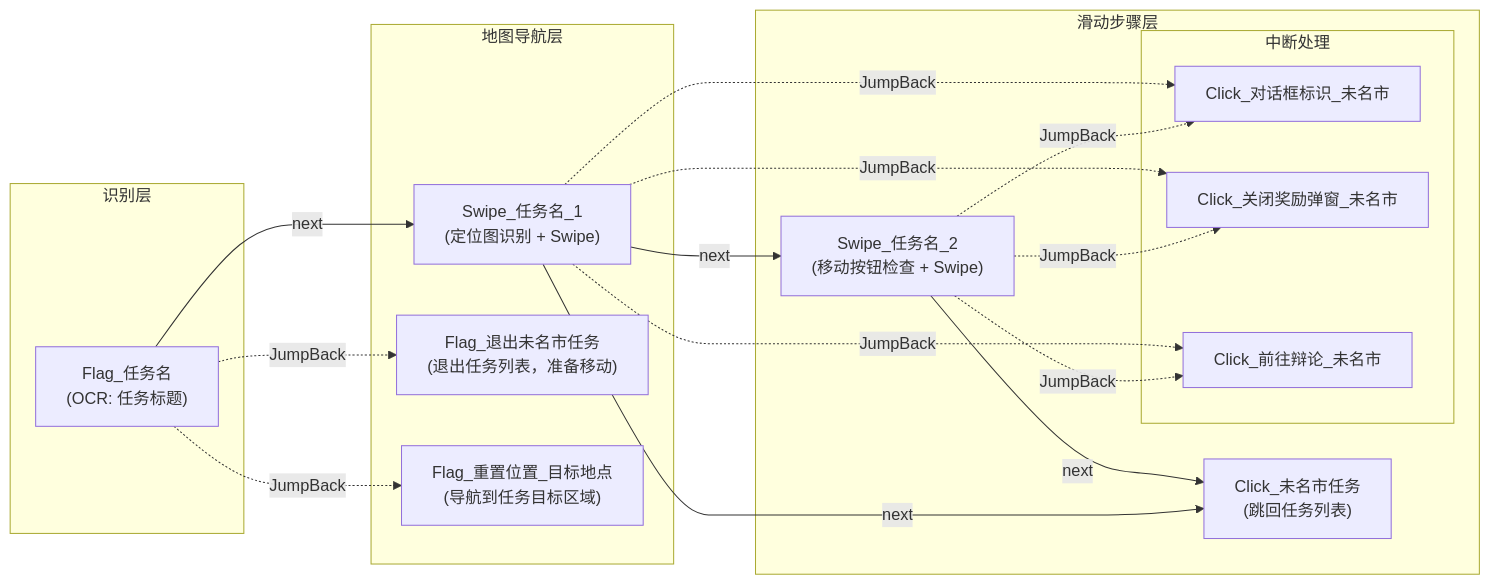
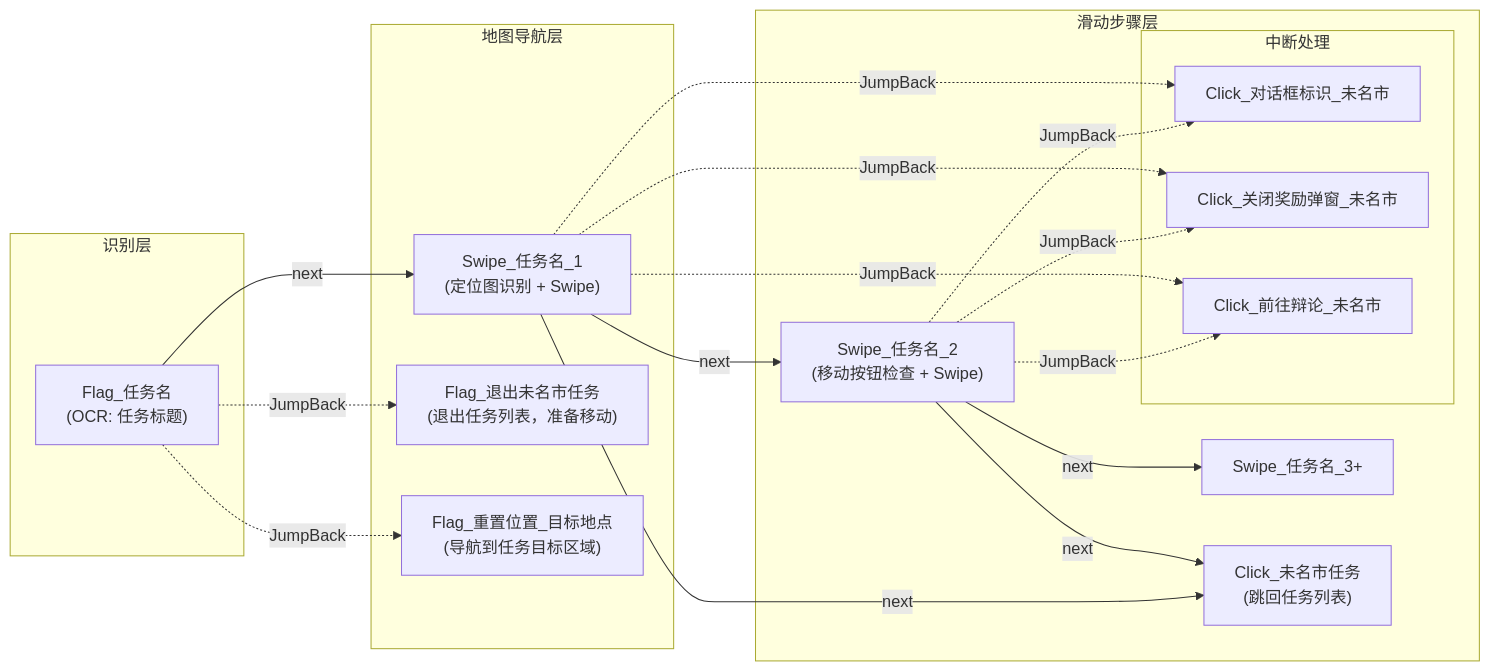
One commit to Coxwtwo/MaaTOT changed diagram 32 of 44 in docs/zh_cn/develop/Pipeline说明.md. Above: the diagram before and after it, drawn with Mermaid. The commit also changed other lines of this file, not shown here.

````diff
--- a/docs/zh_cn/develop/Pipeline说明.md
+++ b/docs/zh_cn/develop/Pipeline说明.md
@@ -913,25 +913,26 @@
 ```mermaid
 flowchart LR
     subgraph 识别层
         n1["Flag_任务名<br>(OCR: 任务标题)"]
     end
     subgraph 地图导航层
         n1 -->|next| n2["Swipe_任务名_1<br>(定位图识别 + Swipe)"]
         n1 -.->|JumpBack| n3["Flag_退出未名市任务<br>(退出任务列表，准备移动)"]
         n1 -.->|JumpBack| n4["Flag_重置位置_目标地点<br>(导航到任务目标区域)"]
     end
     subgraph 滑动步骤层
         n2 -->|next| n5["Swipe_任务名_2<br>(移动按钮检查 + Swipe)"]
+        n5 -->|next| n7["Swipe_任务名_3+"]
         n2 -->|next| n6["Click_未名市任务<br>(跳回任务列表)"]
         n5 -.->|JumpBack| d1
         n5 -.->|JumpBack| d2
         n5 -.->|JumpBack| d3
         n5 -->|next| n6
         subgraph 中断处理
             n2 -.->|JumpBack| d1["Click_对话框标识_未名市"]
             n2 -.->|JumpBack| d2["Click_关闭奖励弹窗_未名市"]
             n2 -.->|JumpBack| d3["Click_前往辩论_未名市"]
         end
     end
     
 ```
````
